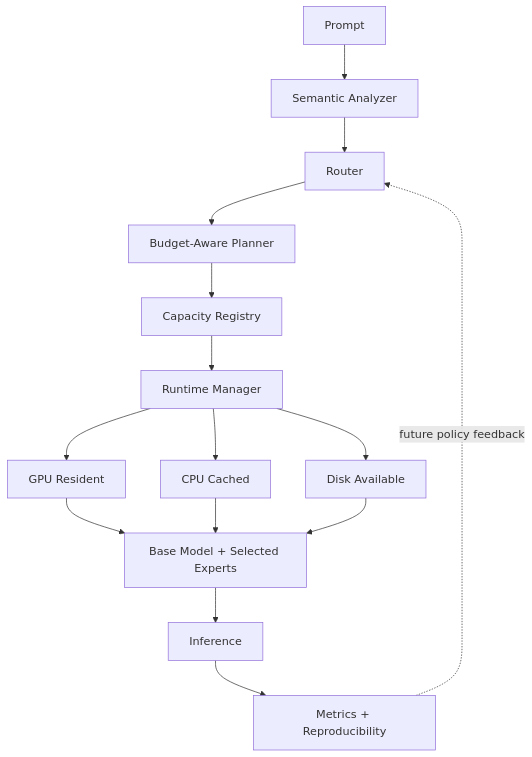
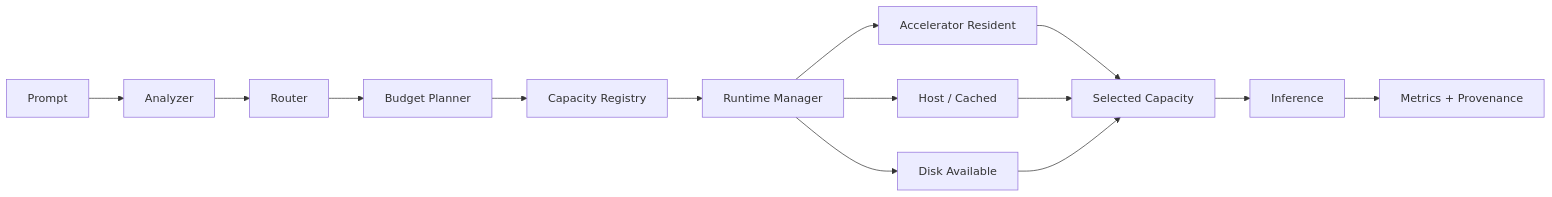
One commit to AltanCetinCelik/SelectiveLLM changed the diagram in README.md. Above: the diagram before and after it, drawn with Mermaid. The commit also changed other lines of this file, not shown here.

````diff
--- a/README.md
+++ b/README.md
@@ -23,17 +160,19 @@
 ```mermaid
-flowchart TD
-    P[Prompt] --> A[Semantic Analyzer]
+flowchart LR
+    P[Prompt] --> A[Analyzer]
     A --> R[Router]
-    R --> B[Budget-Aware Planner]
+    R --> B[Budget Planner]
     B --> C[Capacity Registry]
     C --> M[Runtime Manager]
-    M --> G[GPU Resident]
-    M --> H[CPU Cached]
+
+    M --> G[Accelerator Resident]
+    M --> H[Host / Cached]
     M --> D[Disk Available]
-    G --> I[Base Model + Selected Experts]
+
+    G --> I[Selected Capacity]
     H --> I
     D --> I
+
     I --> N[Inference]
-    N --> X[Metrics + Reproducibility]
-    X -. future policy feedback .-> R
+    N --> X[Metrics + Provenance]
 ```
````
